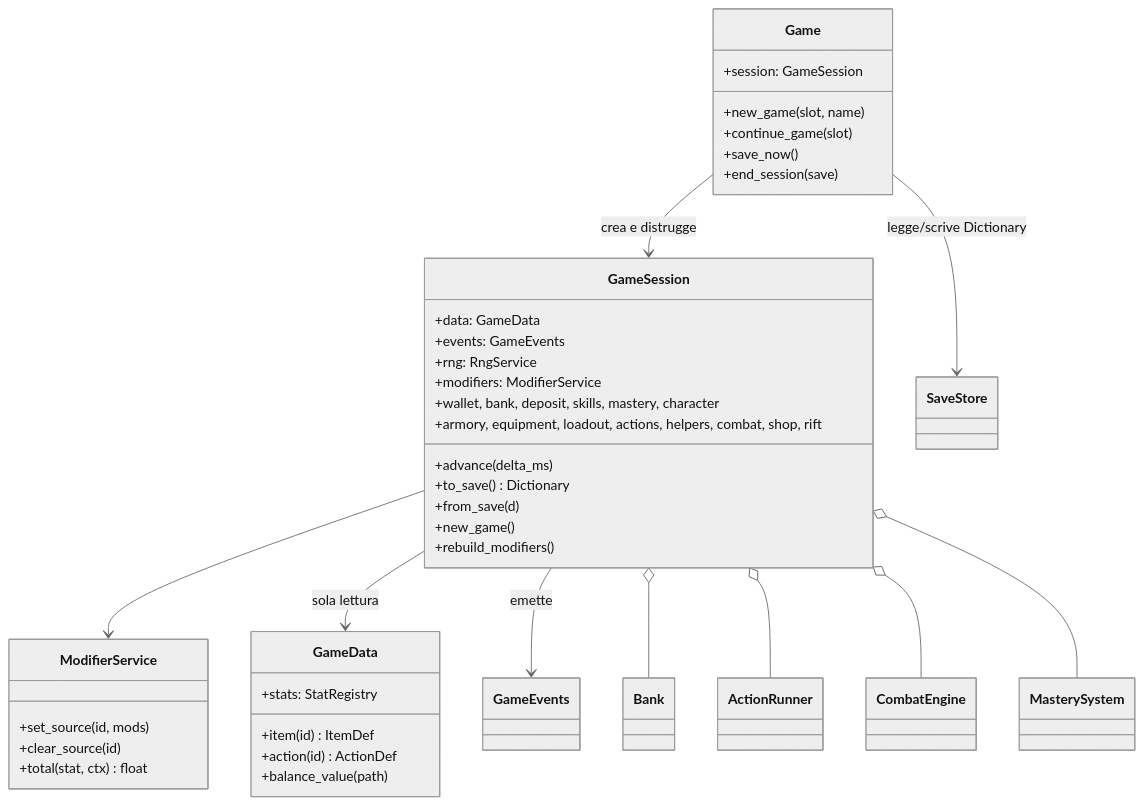
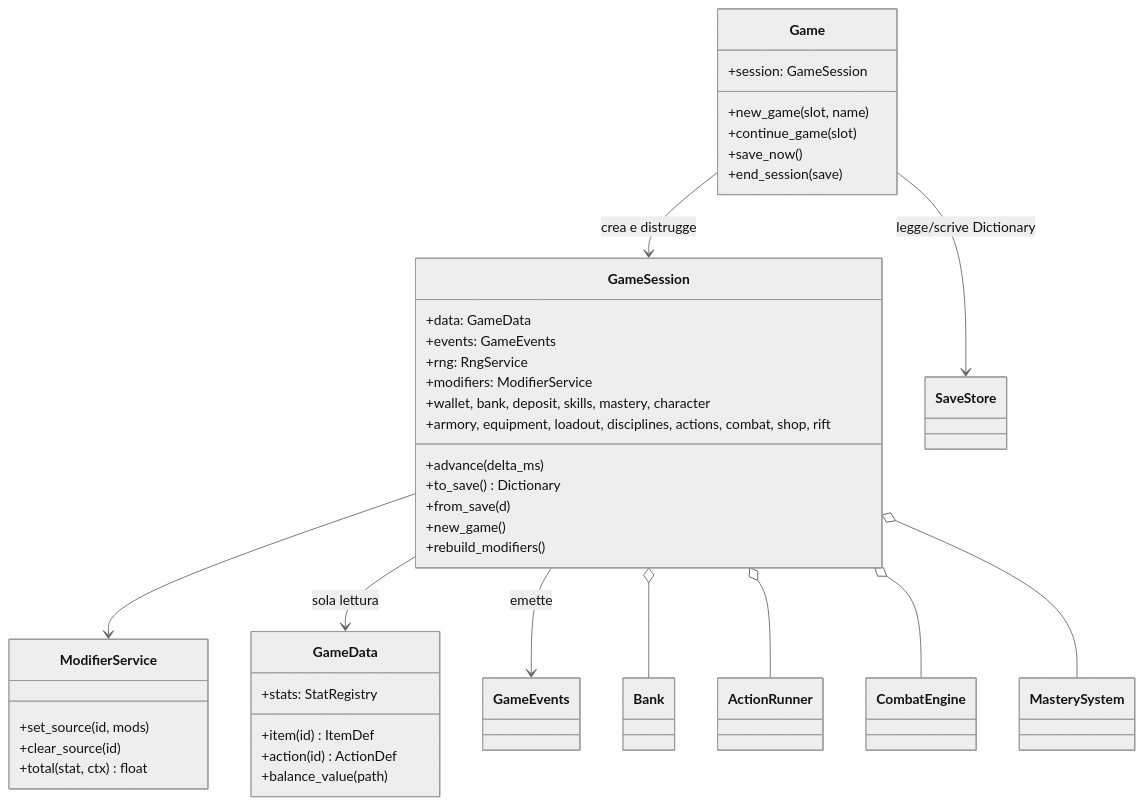
Before and after one commit to BriLaLaLa/Rifstone-Saga---Melvor: the first of 6 diagrams in docs/03_ARCHITECTURE.md, drawn with Mermaid (neutral theme). The commit also changed other lines of this file and 12 other files, not shown here.

````diff
--- a/docs/03_ARCHITECTURE.md
+++ b/docs/03_ARCHITECTURE.md
@@ -122,43 +122,43 @@
 ```mermaid
 classDiagram
     class Game {
       +session: GameSession
       +new_game(slot, name)
       +continue_game(slot)
       +save_now()
       +end_session(save)
     }
     class GameSession {
       +data: GameData
       +events: GameEvents
       +rng: RngService
       +modifiers: ModifierService
       +wallet, bank, deposit, skills, mastery, character
-      +armory, equipment, loadout, actions, helpers, combat, shop, rift
+      +armory, equipment, loadout, disciplines, actions, combat, shop, rift
       +advance(delta_ms)
       +to_save() Dictionary
       +from_save(d)
       +new_game()
       +rebuild_modifiers()
     }
     class ModifierService {
       +set_source(id, mods)
       +clear_source(id)
       +total(stat, ctx) float
     }
     class GameData {
       +item(id) ItemDef
       +action(id) ActionDef
       +balance_value(path)
       +stats: StatRegistry
     }
     Game --> GameSession : crea e distrugge
     Game --> SaveStore : legge/scrive Dictionary
     GameSession --> ModifierService
     GameSession --> GameData : sola lettura
     GameSession --> GameEvents : emette
     GameSession o-- Bank
     GameSession o-- ActionRunner
     GameSession o-- CombatEngine
     GameSession o-- MasterySystem
 ```
````
